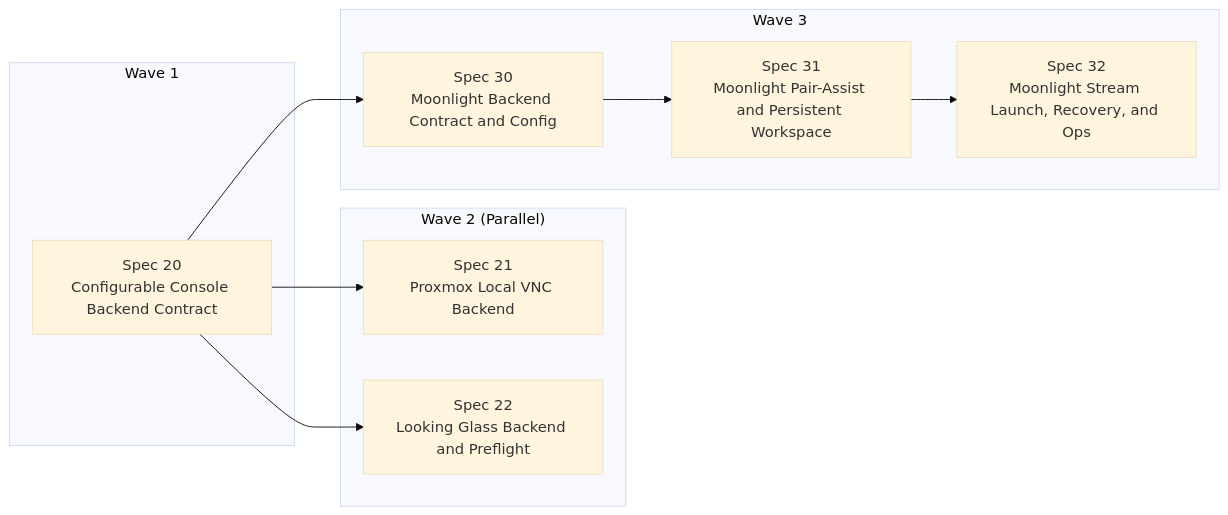
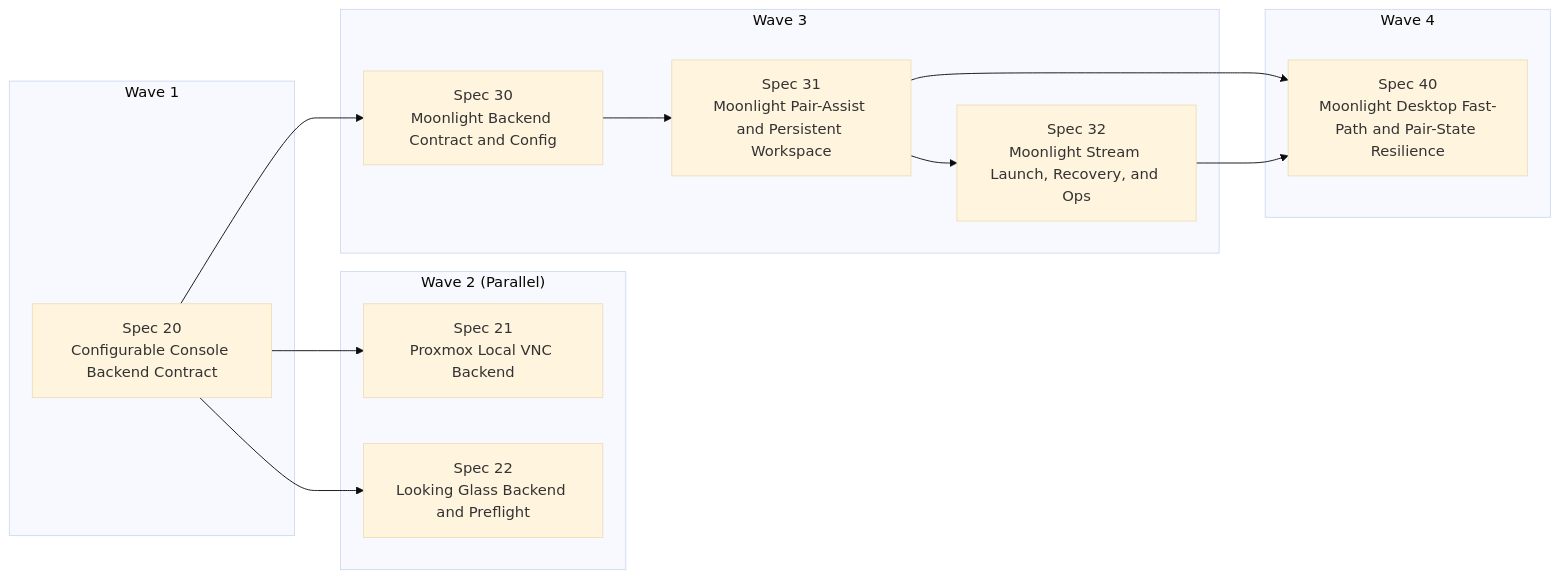
Before and after one commit to tpdns90321/RelayInnerDisplayScript: the diagram in specs/README.md, drawn with Mermaid (base theme). The commit also changed other lines of this file and 9 other files, not shown here.

Commit message:
spec-40: harden moonlight desktop launch fallback

````diff
--- a/specs/README.md
+++ b/specs/README.md
@@ -73,23 +78,29 @@
 ```mermaid
 flowchart LR
     subgraph Wave_1["Wave 1"]
         S20["Spec 20\nConfigurable Console Backend Contract"]
     end
 
     subgraph Wave_2["Wave 2 (Parallel)"]
         S21["Spec 21\nProxmox Local VNC Backend"]
         S22["Spec 22\nLooking Glass Backend and Preflight"]
     end
 
     subgraph Wave_3["Wave 3"]
         S30["Spec 30\nMoonlight Backend Contract and Config"]
         S31["Spec 31\nMoonlight Pair-Assist and Persistent Workspace"]
         S32["Spec 32\nMoonlight Stream Launch, Recovery, and Ops"]
     end
 
+    subgraph Wave_4["Wave 4"]
+        S40["Spec 40\nMoonlight Desktop Fast-Path and Pair-State Resilience"]
+    end
+
     S20 --> S21
     S20 --> S22
     S20 --> S30
     S30 --> S31
     S31 --> S32
+    S31 --> S40
+    S32 --> S40
 ```
````
